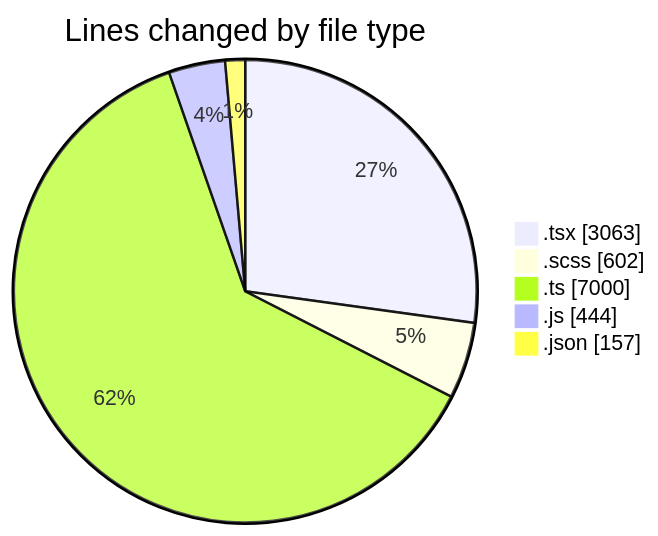
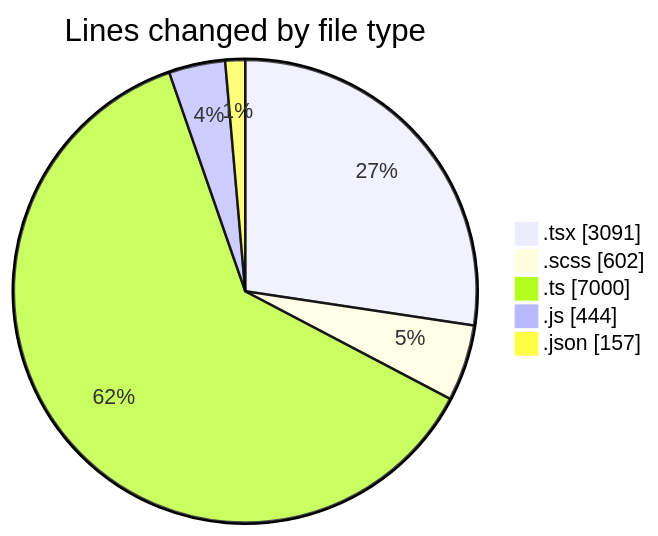
One commit to momahboobian/code-tracking changed the first of 2 diagrams in 2026-04-23/cda/README.md. Above: the diagram before and after it, drawn with Mermaid. The commit also changed other lines of this file and 1 other file, not shown here.

````diff
--- a/2026-04-23/cda/README.md
+++ b/2026-04-23/cda/README.md
@@ -41,9 +41,9 @@
 ```mermaid
 pie showData
 title Lines changed by file type
-".tsx" : 3063
+".tsx" : 3091
 ".scss" : 602
 ".ts" : 7000
 ".js" : 444
 ".json" : 157
 ```
````
